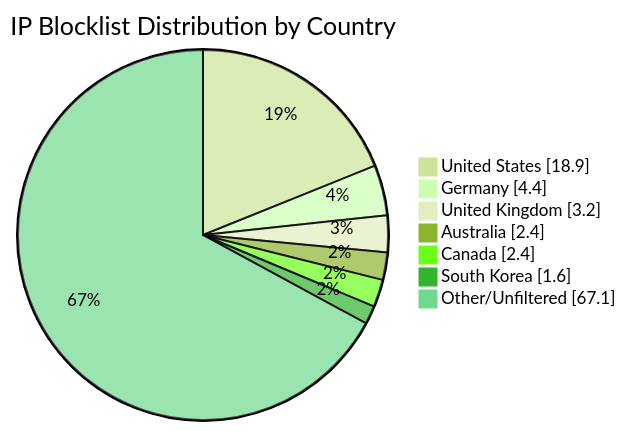
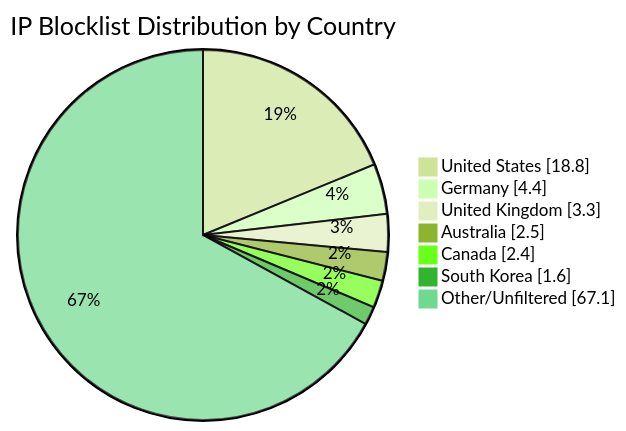
Before and after one commit to MarcusHoltz/ipblocklist-geofiltered-aggregator: the diagram in README.md, drawn with Mermaid (forest theme). The commit also changed other lines of this file and 9 other files, not shown here.

````diff
--- a/README.md
+++ b/README.md
@@ -34,10 +34,10 @@
 ```mermaid
 pie showData title IP Blocklist Distribution by Country
-"United States" : 18.9
+"United States" : 18.8
 "Germany" : 4.4
-"United Kingdom" : 3.2
-"Australia" : 2.4
+"United Kingdom" : 3.3
+"Australia" : 2.5
 "Canada" : 2.4
 "South Korea" : 1.6
 "Other/Unfiltered" : 67.1
 ```
````
